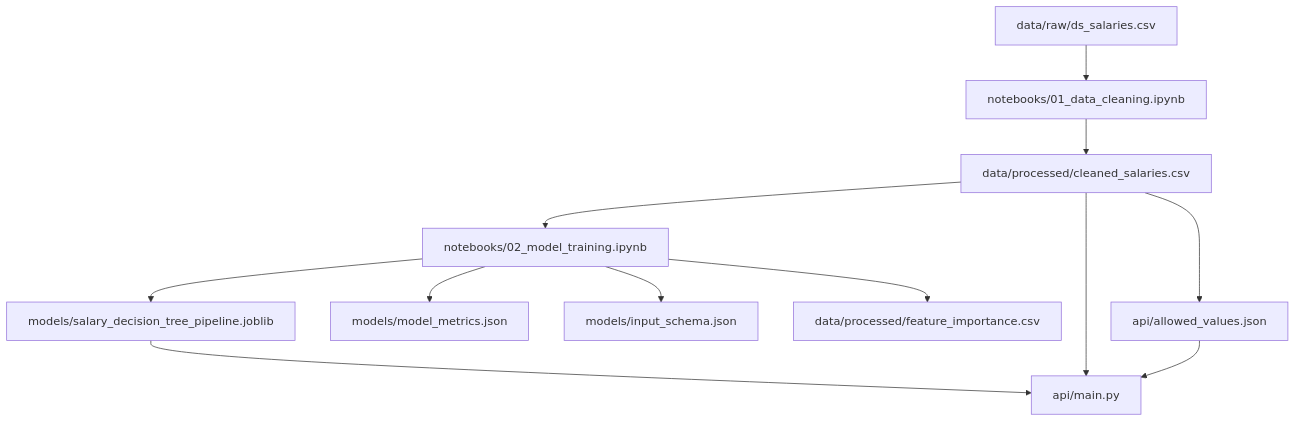
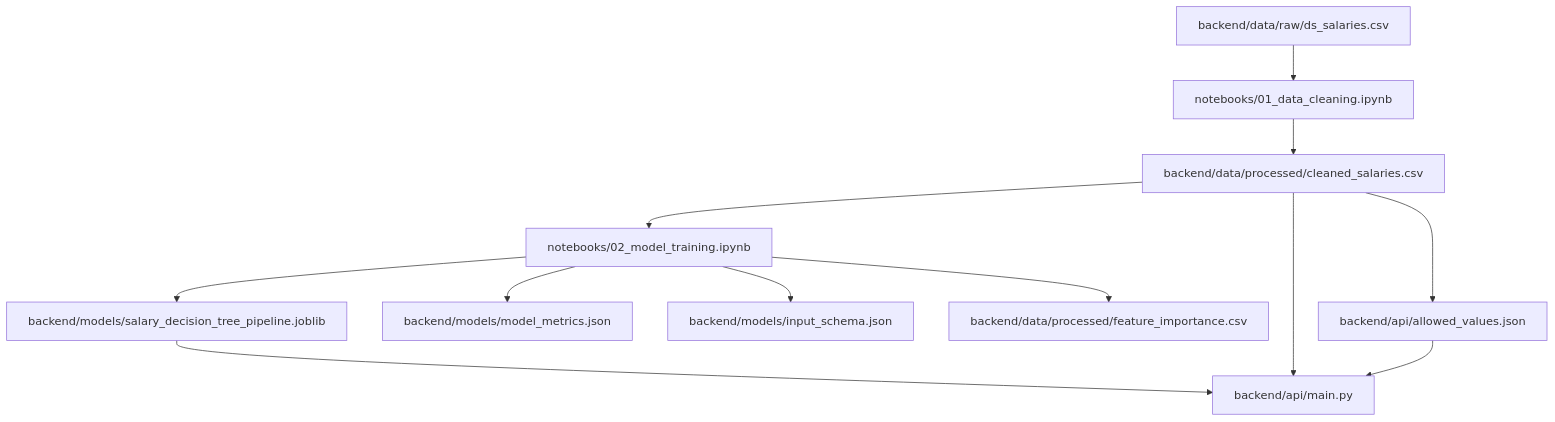
The fourth of 4 diagrams in docs/architecture.md (baderkothman/salary-prediction-app), drawn with Mermaid before and after one commit. The commit also changed other lines of this file and 100 other files, not shown here.

````diff
--- a/docs/architecture.md
+++ b/docs/architecture.md
@@ -83,14 +83,14 @@
 ```mermaid
 flowchart TD
-    Raw[data/raw/ds_salaries.csv] --> Cleaning[notebooks/01_data_cleaning.ipynb]
-    Cleaning --> Cleaned[data/processed/cleaned_salaries.csv]
+    Raw[backend/data/raw/ds_salaries.csv] --> Cleaning[notebooks/01_data_cleaning.ipynb]
+    Cleaning --> Cleaned[backend/data/processed/cleaned_salaries.csv]
     Cleaned --> Training[notebooks/02_model_training.ipynb]
-    Training --> Model[models/salary_decision_tree_pipeline.joblib]
-    Training --> Metrics[models/model_metrics.json]
-    Training --> Schema[models/input_schema.json]
-    Training --> Importance[data/processed/feature_importance.csv]
-    Cleaned --> Allowed[api/allowed_values.json]
-    Model --> API[api/main.py]
+    Training --> Model[backend/models/salary_decision_tree_pipeline.joblib]
+    Training --> Metrics[backend/models/model_metrics.json]
+    Training --> Schema[backend/models/input_schema.json]
+    Training --> Importance[backend/data/processed/feature_importance.csv]
+    Cleaned --> Allowed[backend/api/allowed_values.json]
+    Model --> API[backend/api/main.py]
     Cleaned --> API
     Allowed --> API
 ```
````
